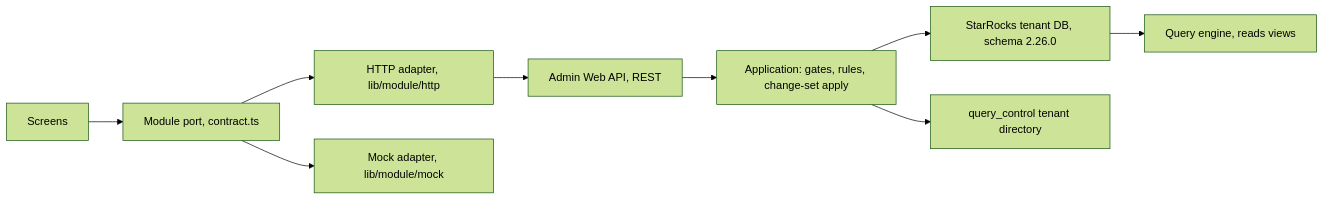
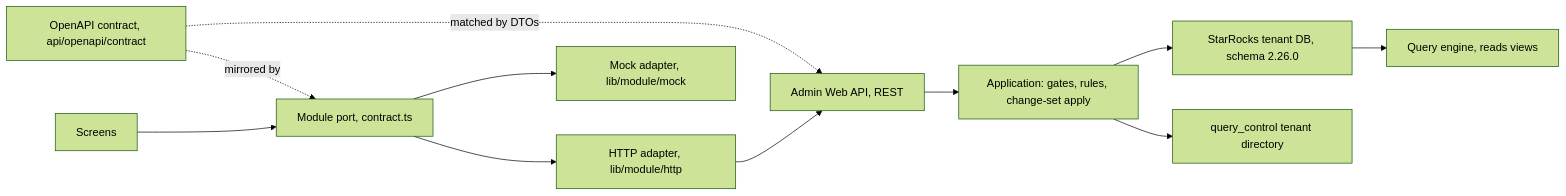
The diagram in docs/blueprint/00-architecture.md (chrisaliotta/Quantalytix.QueryEngine.Admin), drawn with Mermaid (forest theme) before and after one commit. The commit also changed other lines of this file and 2 other files, not shown here.

First line of the commit message:
docs(blueprint): make the authored OpenAPI contract the source of truth

````diff
--- a/docs/blueprint/00-architecture.md
+++ b/docs/blueprint/00-architecture.md
@@ -5,11 +5,13 @@
 ```mermaid
 flowchart LR
+  Contract["OpenAPI contract, api/openapi/contract"] -. mirrored by .-> Port
+  Contract -. matched by DTOs .-> Rest
   Screens --> Port["Module port, contract.ts"]
   Port --> HttpAdapter["HTTP adapter, lib/module/http"]
   Port --> MockAdapter["Mock adapter, lib/module/mock"]
   HttpAdapter --> Rest["Admin Web API, REST"]
   Rest --> App["Application: gates, rules, change-set apply"]
   App --> StarRocks["StarRocks tenant DB, schema 2.26.0"]
   App --> Control["query_control tenant directory"]
   StarRocks --> Engine["Query engine, reads views"]
 ```
````
